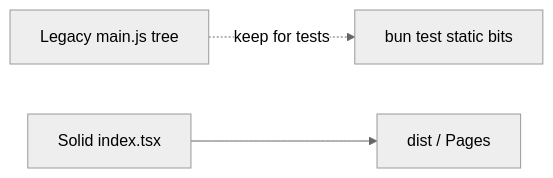
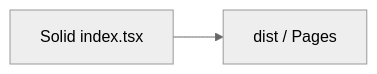
Before and after one commit to hoox-sh/axis: the diagram in docs/reference/legacy-shell.mdx, drawn with Mermaid (neutral theme). The commit also changed other lines of this file and 47 other files, not shown here.

````diff
--- a/docs/reference/legacy-shell.mdx
+++ b/docs/reference/legacy-shell.mdx
@@ -35,7 +35,4 @@
 ```mermaid
 flowchart LR
-  LEG[Legacy main.js tree]
-  CUR[Solid index.tsx]
-  LEG -.->|keep for tests| BUN[bun test static bits]
-  CUR --> SHIP[dist / Pages]
+  CUR[Solid index.tsx] --> SHIP[dist / Pages]
 ```
````
